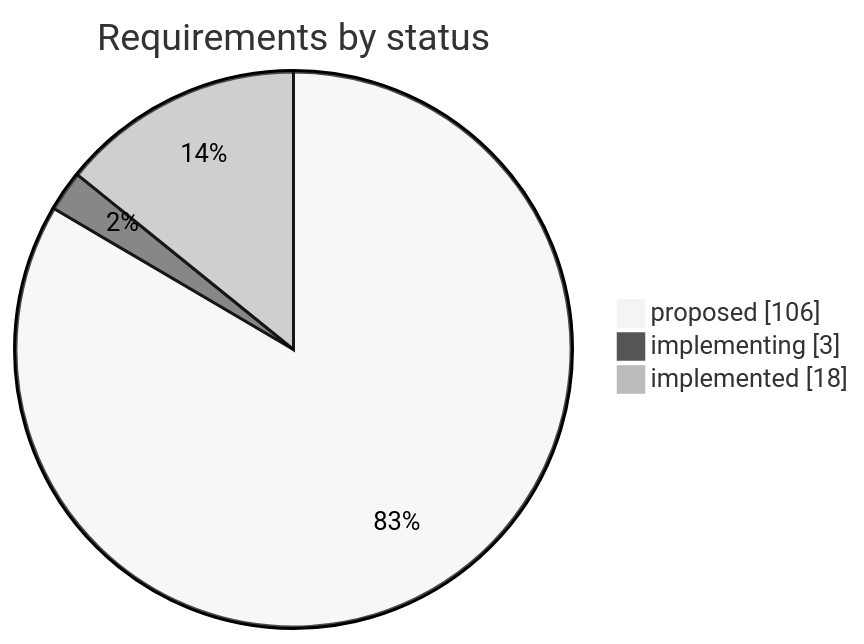
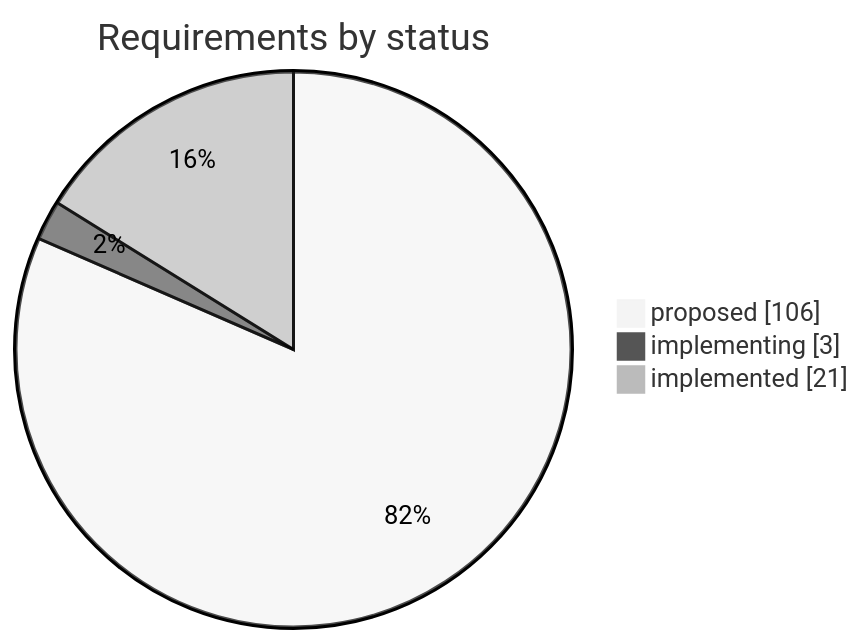
One commit to iammaxsu/automatic-testing-architecture changed the first of 2 diagrams in STATUS.md. Above: the diagram before and after it, drawn with Mermaid (neutral theme). The commit also changed other lines of this file and 8 other files, not shown here.

````diff
--- a/STATUS.md
+++ b/STATUS.md
@@ -25,6 +25,6 @@
 ```mermaid
 pie showData title Requirements by status
     "proposed" : 106
     "implementing" : 3
-    "implemented" : 18
+    "implemented" : 21
 ```
````
